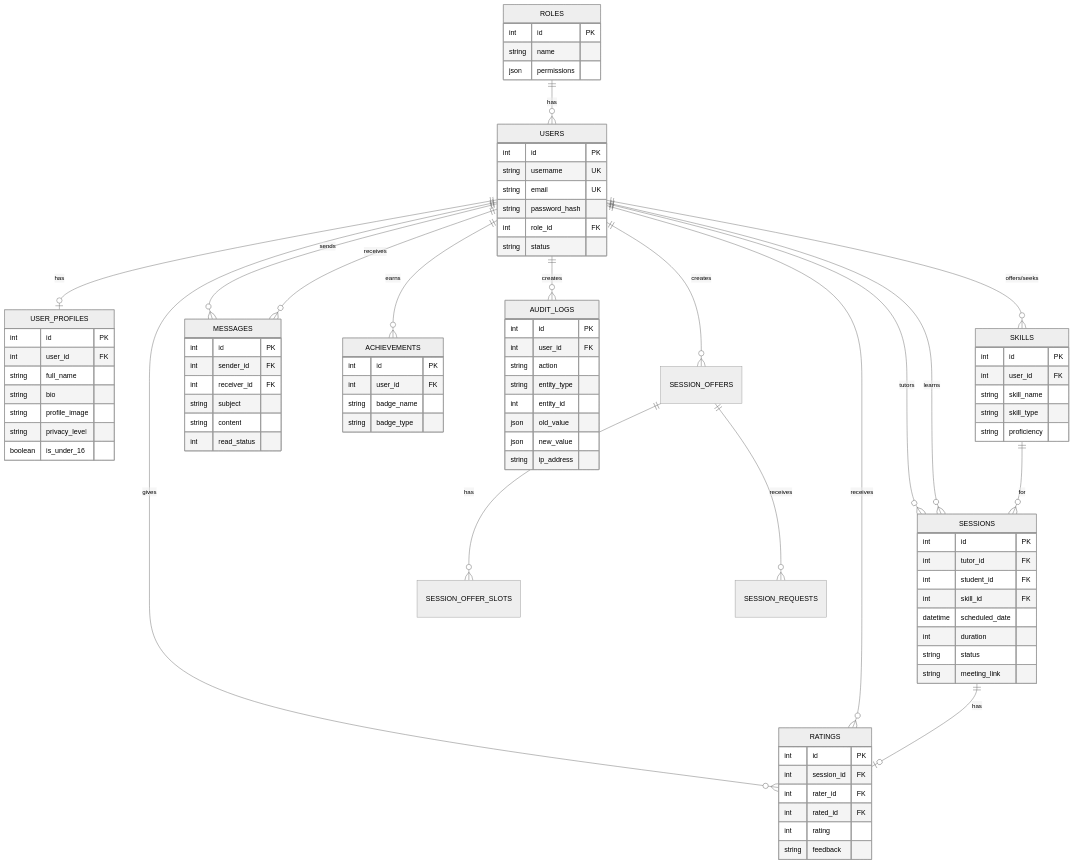
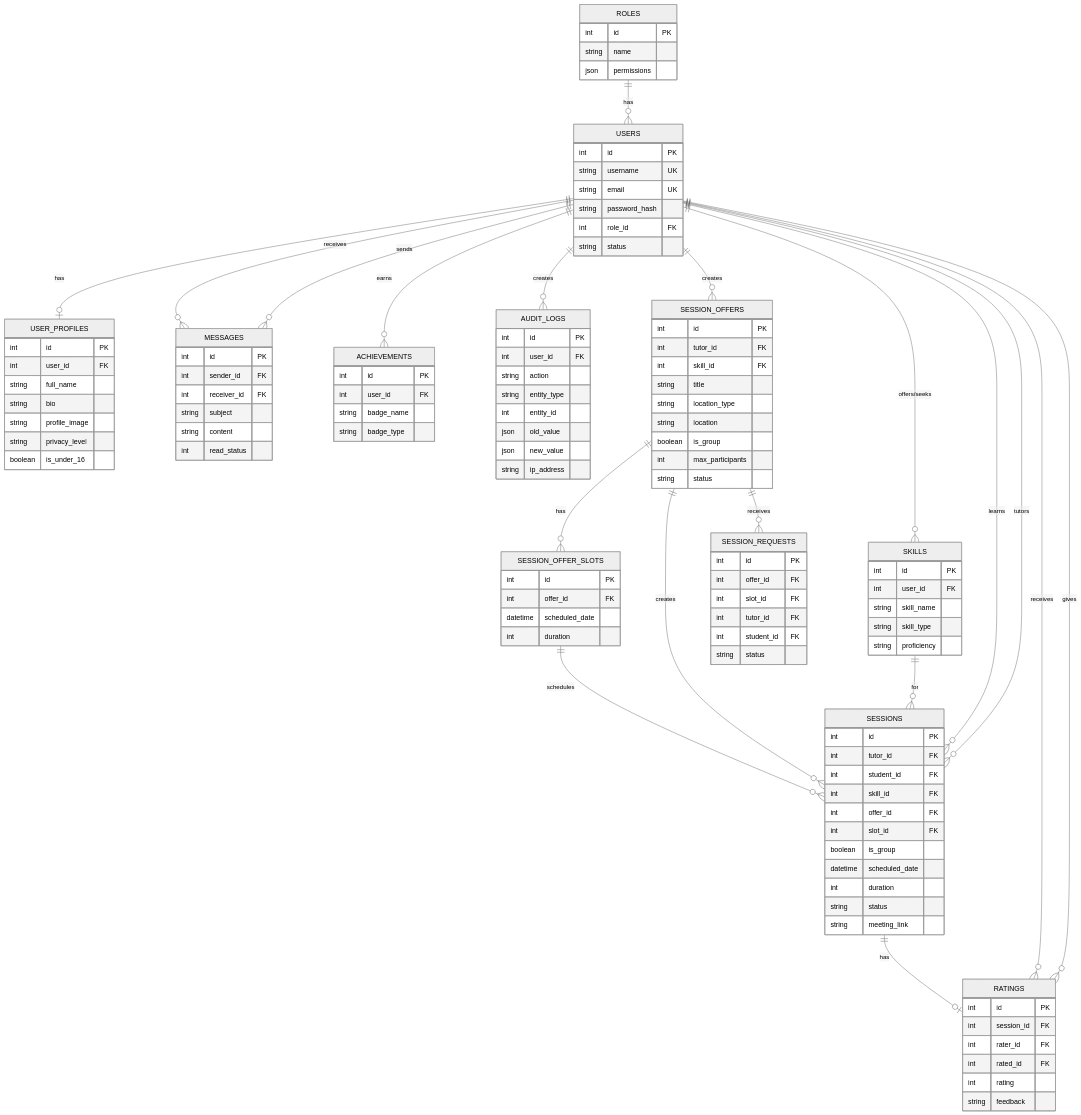
The second of 4 diagrams in docs/System_Architecture.md (Rishikpamuru/Swap), drawn with Mermaid (neutral theme) before and after one commit. The commit also changed 12 other files, not shown here.

Commit message:
Redid Group Sessions

```diff
--- a/docs/System_Architecture.md
+++ b/docs/System_Architecture.md
@@ -81,6 +81,8 @@
     USERS ||--o{ SESSION_OFFERS : "creates"
     SESSION_OFFERS ||--o{ SESSION_OFFER_SLOTS : "has"
     SESSION_OFFERS ||--o{ SESSION_REQUESTS : "receives"
+    SESSION_OFFERS ||--o{ SESSIONS : "creates"
+    SESSION_OFFER_SLOTS ||--o{ SESSIONS : "schedules"
     
     ROLES {
         int id PK
@@ -120,10 +122,41 @@
         int tutor_id FK
         int student_id FK
         int skill_id FK
+        int offer_id FK
+        int slot_id FK
+        boolean is_group
         datetime scheduled_date
         int duration
         string status
         string meeting_link
+    }
+
+    SESSION_OFFERS {
+        int id PK
+        int tutor_id FK
+        int skill_id FK
+        string title
+        string location_type
+        string location
+        boolean is_group
+        int max_participants
+        string status
+    }
+
+    SESSION_OFFER_SLOTS {
+        int id PK
+        int offer_id FK
+        datetime scheduled_date
+        int duration
+    }
+
+    SESSION_REQUESTS {
+        int id PK
+        int offer_id FK
+        int slot_id FK
+        int tutor_id FK
+        int student_id FK
+        string status
     }
     
     RATINGS {
```
